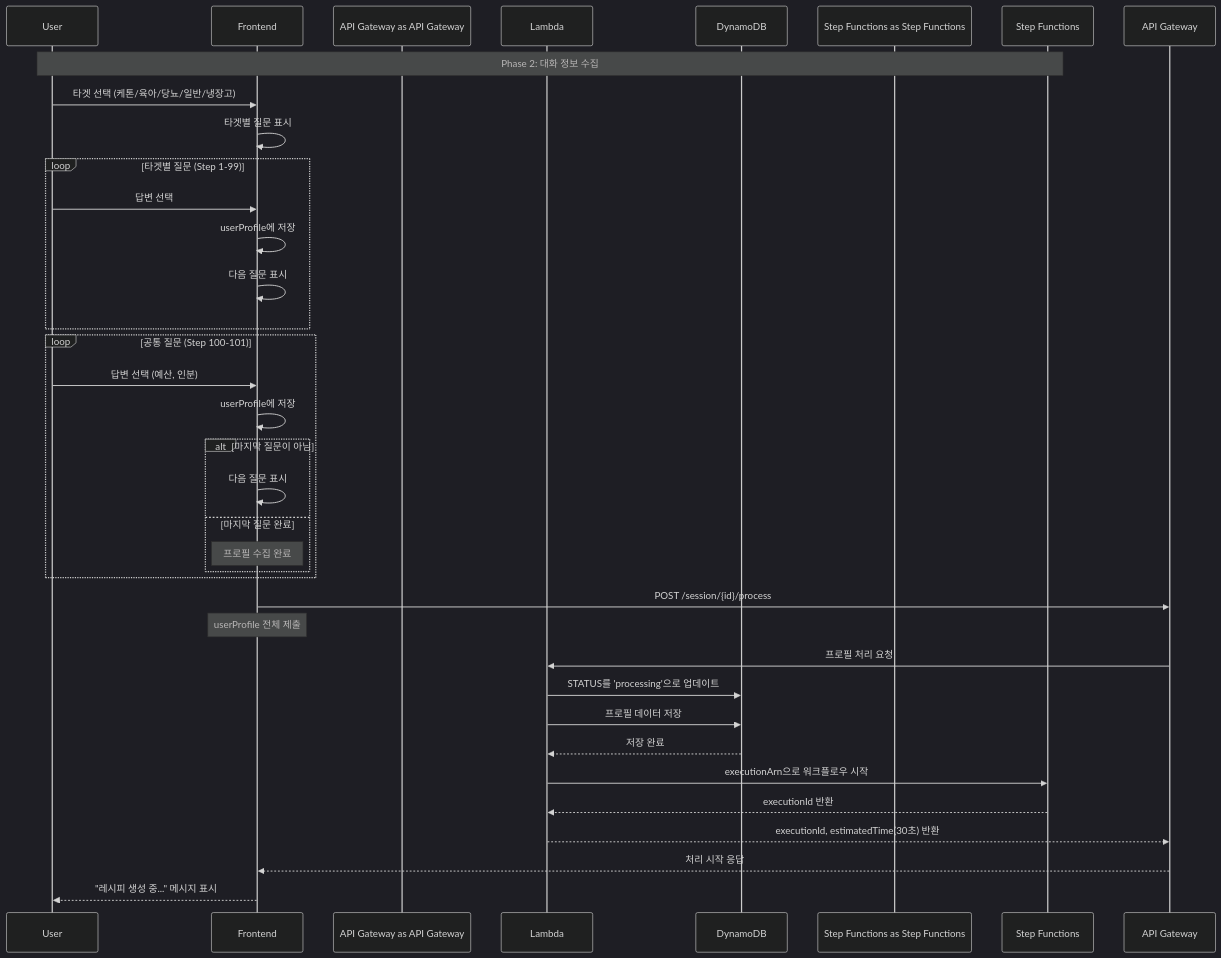
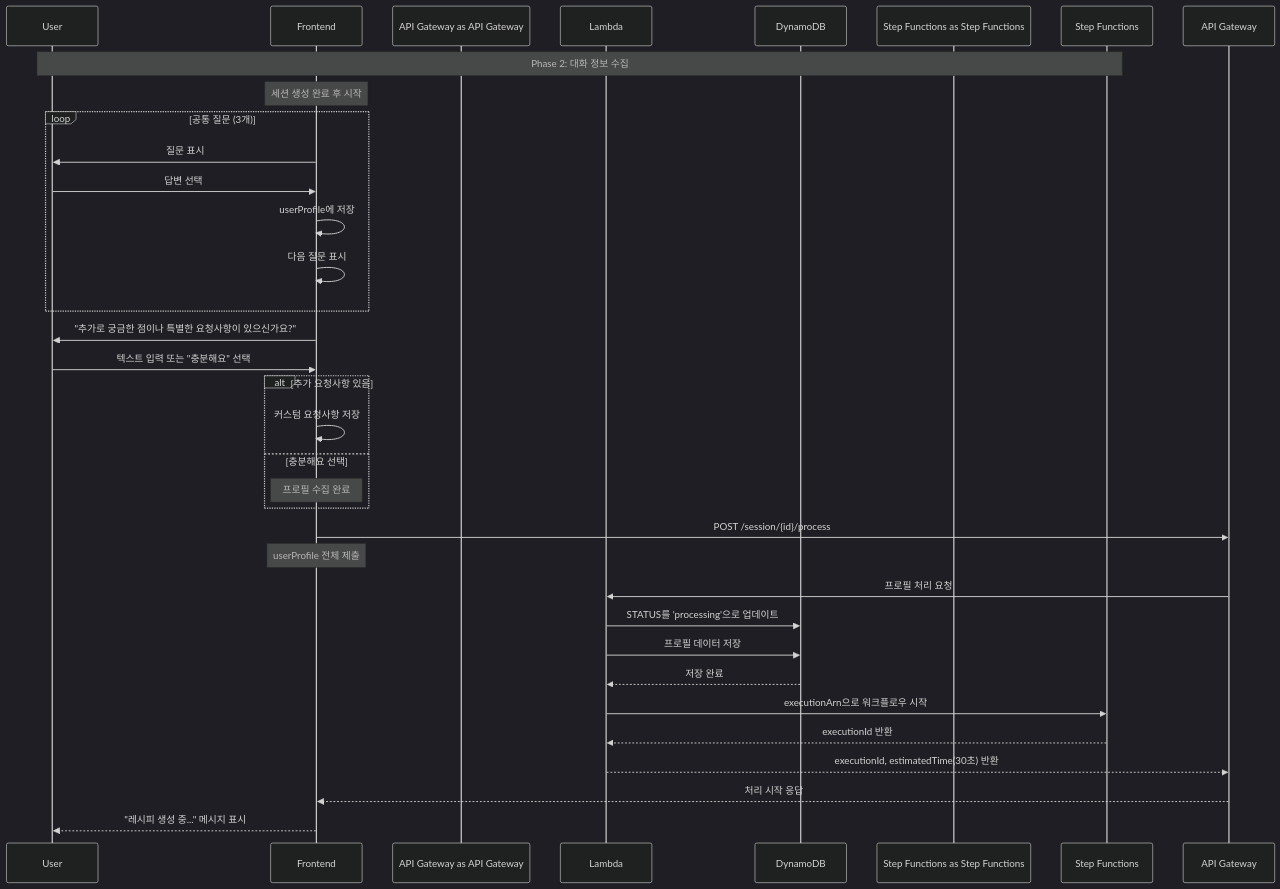
Before and after one commit to awsqhackathonXddeokssang/team21-aws-hackathon: the diagram in docs/integration/sequences/PHASE2_COLLECTION.md, drawn with Mermaid (dark theme). The commit also changed other lines of this file, not shown here.

Commit message:
Update PHASE2_COLLECTION docs to match actual frontend flow

````diff
--- a/docs/integration/sequences/PHASE2_COLLECTION.md
+++ b/docs/integration/sequences/PHASE2_COLLECTION.md
@@ -8,49 +8,48 @@
 ```mermaid
 sequenceDiagram
     participant User
     participant Frontend
     participant API Gateway as API Gateway
     participant Lambda
     participant DynamoDB
     participant Step Functions as Step Functions
 
     Note over User, Step Functions: Phase 2: 대화 정보 수집
 
-    %% 타겟 선택
-    User->>Frontend: 타겟 선택 (케톤/육아/당뇨/일반/냉장고)
-    Frontend->>Frontend: 타겟별 질문 표시
+    %% 세션 시작 후 공통 질문
+    Note over Frontend: 세션 생성 완료 후 시작
     
-    %% 질문-답변 반복
-    loop 타겟별 질문 (Step 1-99)
+    %% 공통 질문 3개
+    loop 공통 질문 (3개)
+        Frontend->>User: 질문 표시
         User->>Frontend: 답변 선택
         Frontend->>Frontend: userProfile에 저장
         Frontend->>Frontend: 다음 질문 표시
     end
     
-    %% 공통 질문
-    loop 공통 질문 (Step 100-101)
-        User->>Frontend: 답변 선택 (예산, 인분)
-        Frontend->>Frontend: userProfile에 저장
-        alt 마지막 질문이 아님
-            Frontend->>Frontend: 다음 질문 표시
-        else 마지막 질문 완료
-            Note over Frontend: 프로필 수집 완료
-        end
+    %% 커스텀 질문
+    Frontend->>User: "추가로 궁금한 점이나 특별한 요청사항이 있으신가요?"
+    User->>Frontend: 텍스트 입력 또는 "충분해요" 선택
+    
+    alt 추가 요청사항 있음
+        Frontend->>Frontend: 커스텀 요청사항 저장
+    else 충분해요 선택
+        Note over Frontend: 프로필 수집 완료
     end
     
     %% 프로필 제출 및 처리 시작
     Frontend->>API Gateway: POST /session/{id}/process
     Note over Frontend: userProfile 전체 제출
     
     API Gateway->>Lambda: 프로필 처리 요청
     Lambda->>DynamoDB: STATUS를 'processing'으로 업데이트
     Lambda->>DynamoDB: 프로필 데이터 저장
     DynamoDB-->>Lambda: 저장 완료
     
     Lambda->>Step Functions: executionArn으로 워크플로우 시작
     Step Functions-->>Lambda: executionId 반환
     
     Lambda-->>API Gateway: executionId, estimatedTime(30초) 반환
     API Gateway-->>Frontend: 처리 시작 응답
     Frontend-->>User: "레시피 생성 중..." 메시지 표시
 ```
````
